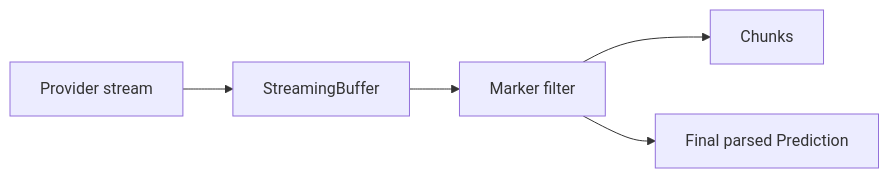
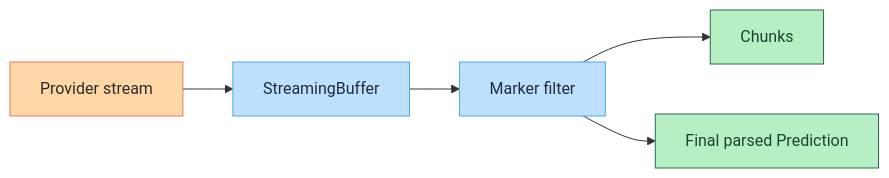
The fifth of 5 diagrams in ARCHITECTURE.md (assagman/dsgo), drawn with Mermaid before and after one commit. The commit also changed other lines of this file, not shown here.

Commit message:
docs: refresh architecture diagrams

````diff
--- a/ARCHITECTURE.md
+++ b/ARCHITECTURE.md
@@ -112,7 +168,15 @@
 ```mermaid
 flowchart LR
-  P[Provider stream] --> B[StreamingBuffer]
-  B --> M[Marker filter]
-  M --> C[Chunks]
-  M --> F[Final parsed Prediction]
+  classDef source fill:#ffd6a5,stroke:#e07a5f,stroke-width:1px,color:#2b2b2b;
+  classDef pipe fill:#bde0fe,stroke:#4ea8de,stroke-width:1px,color:#1f2d3d;
+  classDef out fill:#b7efc5,stroke:#2d6a4f,stroke-width:1px,color:#1b4332;
+
+  P["Provider stream"] --> B["StreamingBuffer"]
+  B --> M["Marker filter"]
+  M --> C["Chunks"]
+  M --> F["Final parsed Prediction"]
+
+  class P source;
+  class B,M pipe;
+  class C,F out;
 ```
````
